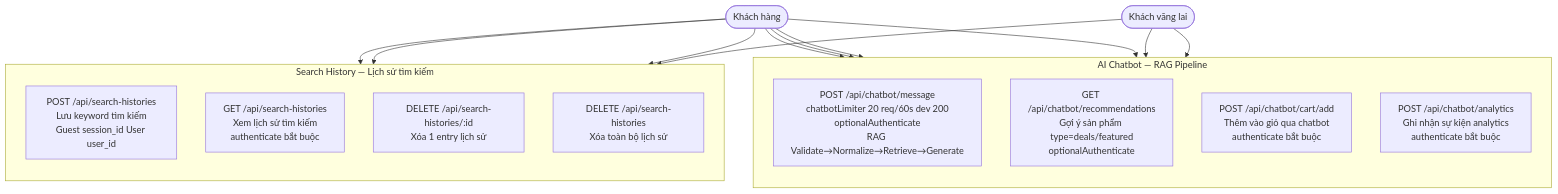
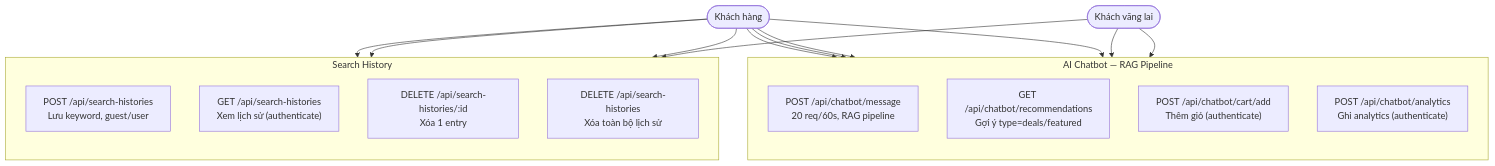
Before and after one commit to MinhThang1009/E-commerce-website: diagram 17 of 47 in DIAGRAMS.md, drawn with Mermaid. The commit also changed other lines of this file and 67 other files, not shown here.

````diff
--- a/DIAGRAMS.md
+++ b/DIAGRAMS.md
@@ -312,32 +502,32 @@
 ```mermaid
 flowchart TB
     Guest(["Khách vãng lai"])
     Customer(["Khách hàng"])
 
     subgraph AI_CHAT["AI Chatbot — RAG Pipeline"]
         direction TB
-        AI1["POST /api/chatbot/message\nchatbotLimiter 20 req/60s dev 200\noptionalAuthenticate\nRAG Validate→Normalize→Retrieve→Generate"]
-        AI2["GET /api/chatbot/recommendations\nGợi ý sản phẩm type=deals/featured\noptionalAuthenticate"]
-        AI3["POST /api/chatbot/cart/add\nThêm vào giỏ qua chatbot\nauthenticate bắt buộc"]
-        AI4["POST /api/chatbot/analytics\nGhi nhận sự kiện analytics\nauthenticate bắt buộc"]
+        AI1["POST /api/chatbot/message<br/>20 req/60s, RAG pipeline"]
+        AI2["GET /api/chatbot/recommendations<br/>Gợi ý type=deals/featured"]
+        AI3["POST /api/chatbot/cart/add<br/>Thêm giỏ (authenticate)"]
+        AI4["POST /api/chatbot/analytics<br/>Ghi analytics (authenticate)"]
     end
 
-    subgraph SEARCH_H["Search History — Lịch sử tìm kiếm"]
+    subgraph SEARCH_H["Search History"]
         direction TB
-        SH1["POST /api/search-histories\nLưu keyword tìm kiếm\nGuest session_id User user_id"]
-        SH2["GET /api/search-histories\nXem lịch sử tìm kiếm\nauthenticate bắt buộc"]
-        SH3["DELETE /api/search-histories/:id\nXóa 1 entry lịch sử"]
-        SH4["DELETE /api/search-histories\nXóa toàn bộ lịch sử"]
+        SH1["POST /api/search-histories<br/>Lưu keyword, guest/user"]
+        SH2["GET /api/search-histories<br/>Xem lịch sử (authenticate)"]
+        SH3["DELETE /api/search-histories/:id<br/>Xóa 1 entry"]
+        SH4["DELETE /api/search-histories<br/>Xóa toàn bộ lịch sử"]
     end
 
     Guest --> AI1
     Guest --> AI2
     Guest --> SH1
     Customer --> AI1
     Customer --> AI2
     Customer --> AI3
     Customer --> AI4
     Customer --> SH2
     Customer --> SH3
     Customer --> SH4
 ```
````
